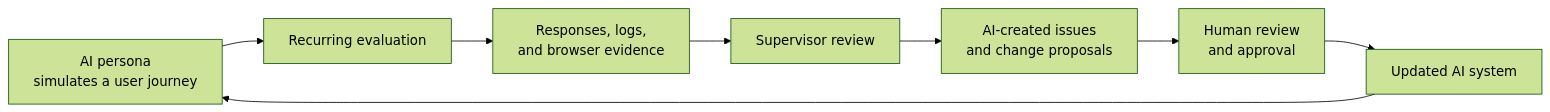
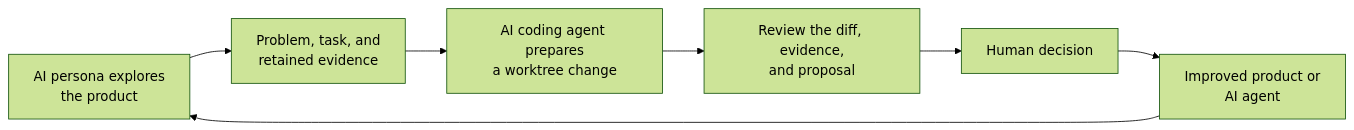
One commit to forthfate/openorbit changed the diagram in README.md. Above: the diagram before and after it, drawn with Mermaid (forest theme). The commit also changed other lines of this file and 1 other file, not shown here.

Commit message:
docs: reposition README around product workflow

````diff
--- a/README.md
+++ b/README.md
@@ -24,12 +25,11 @@
 ```mermaid
 flowchart LR
-  A[AI persona<br/>simulates a user journey]
-  B[Recurring evaluation]
-  C[Responses, logs,<br/>and browser evidence]
-  D[Supervisor review]
-  E[AI-created issues<br/>and change proposals]
-  F[Human review<br/>and approval]
-  G[Updated AI system]
+  A[AI persona explores<br/>the product]
+  B[Problem, task, and<br/>retained evidence]
+  C[AI coding agent prepares<br/>a worktree change]
+  D[Review the diff, evidence,<br/>and proposal]
+  E[Human decision]
+  F[Improved product or<br/>AI agent]
 
-  A --> B --> C --> D --> E --> F --> G --> A
+  A --> B --> C --> D --> E --> F --> A
 ```
````
